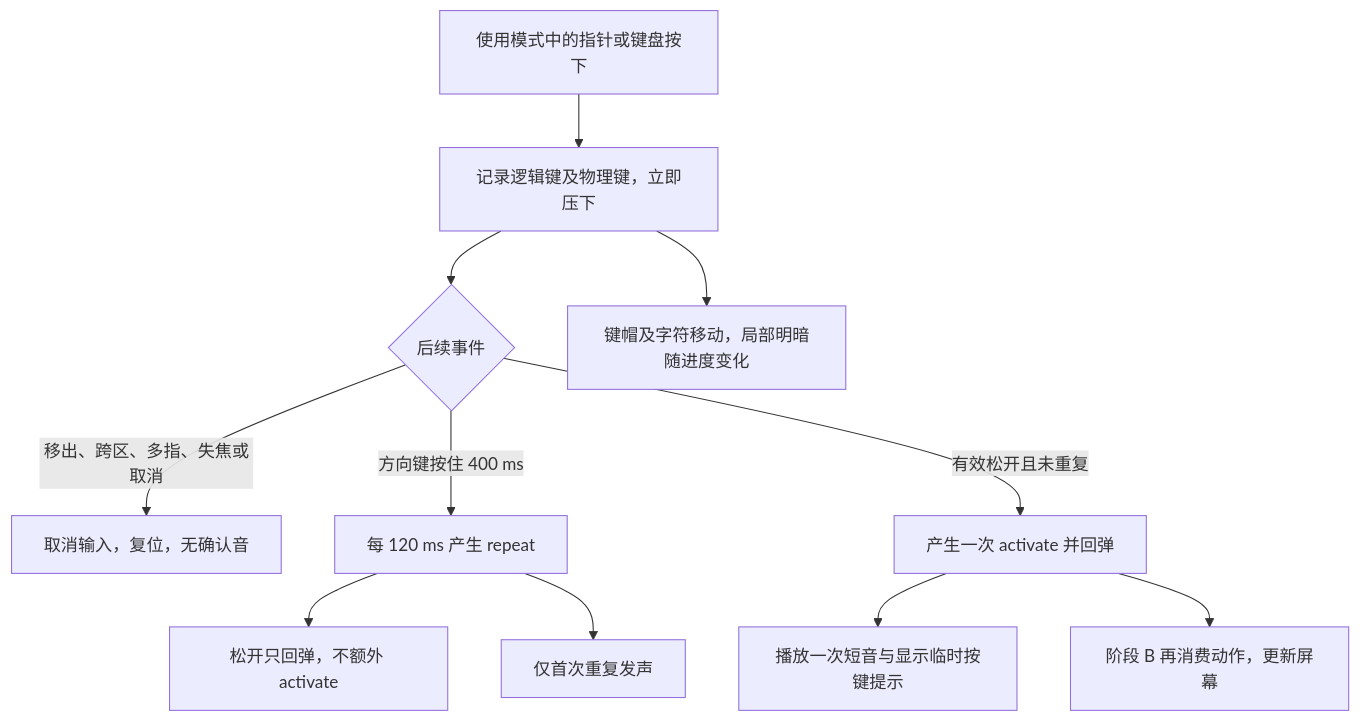
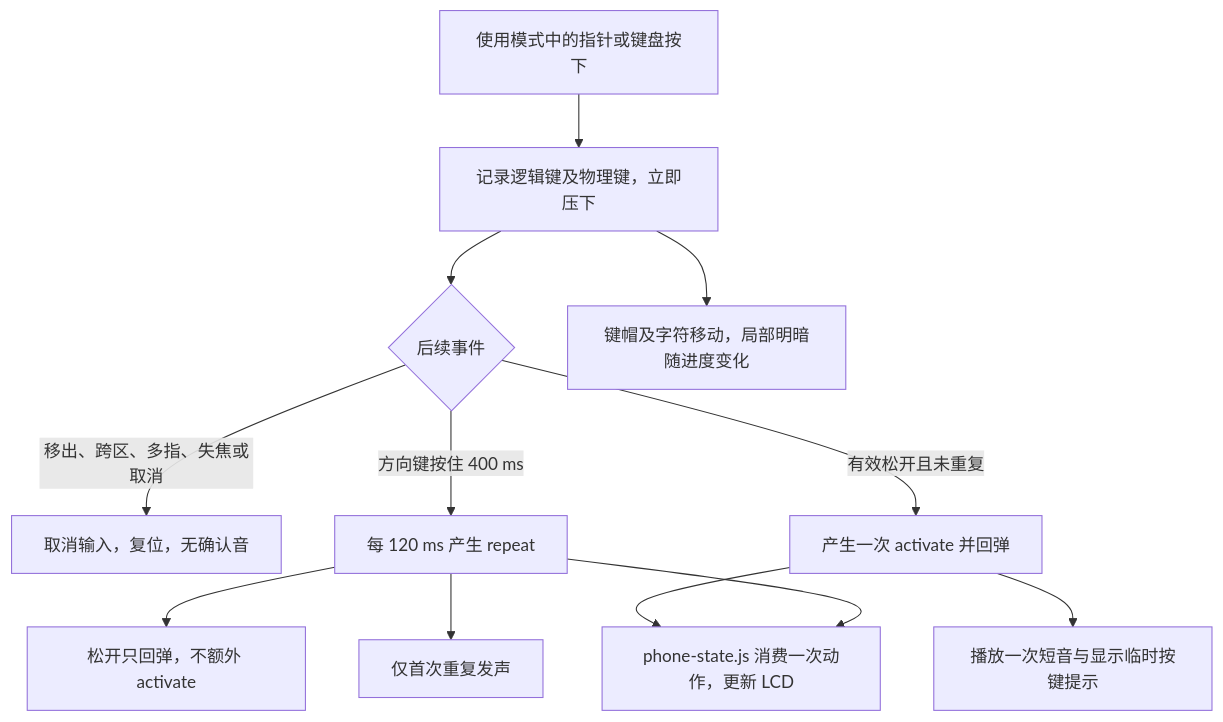
The third of 5 diagrams in README.md (xiaogoulingdi/Nokia3310), drawn with Mermaid before and after one commit. The commit also changed other lines of this file and 21 other files, not shown here.

Commit message:
feat: add dynamic LCD and phone menu navigation

````diff
--- a/README.md
+++ b/README.md
@@ -289,13 +294,14 @@
 ```mermaid
 flowchart TD
     A[使用模式中的指针或键盘按下] --> B[记录逻辑键及物理键，立即压下]
     B --> C{后续事件}
     C -->|移出、跨区、多指、失焦或取消| X[取消输入，复位，无确认音]
     C -->|方向键按住 400 ms| R[每 120 ms 产生 repeat]
     C -->|有效松开且未重复| F[产生一次 activate 并回弹]
     R --> U[松开只回弹，不额外 activate]
     F --> S[播放一次短音与显示临时按键提示]
     R --> T[仅首次重复发声]
     B --> L[键帽及字符移动，局部明暗随进度变化]
-    F --> H[阶段 B 再消费动作，更新屏幕]
+    F --> H[phone-state.js 消费一次动作，更新 LCD]
+    R --> H
 ```
````
